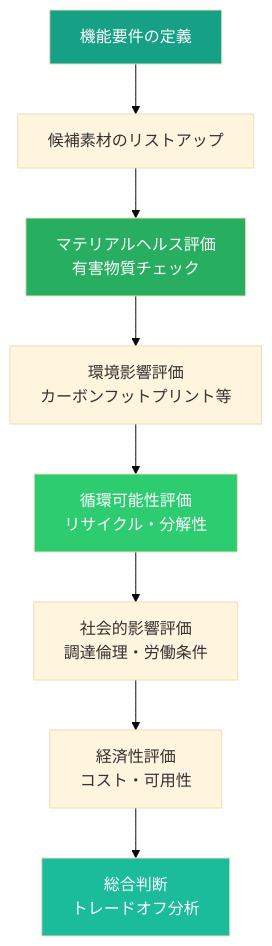
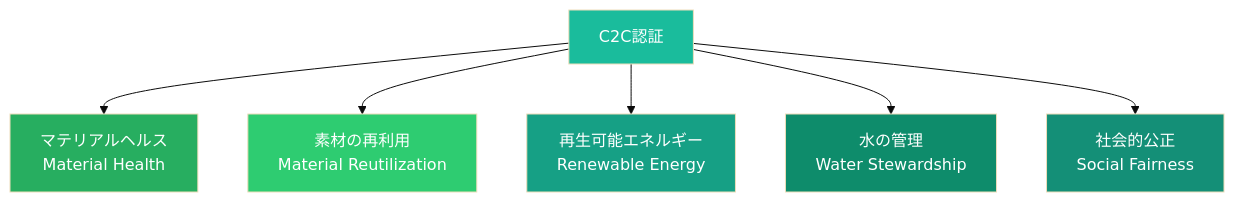
The third of 3 diagrams in docs/books/06-sustainable-design/ch04-sustainable-materials.md (Hide-nu/Designer-curriculum), drawn with Mermaid (base theme) before and after one commit. The commit also changed other lines of this file and 13 other files, not shown here.

````diff
--- a/docs/books/06-sustainable-design/ch04-sustainable-materials.md
+++ b/docs/books/06-sustainable-design/ch04-sustainable-materials.md
@@ -172,15 +118,15 @@
 ```mermaid
 graph TD
-    A[機能要件の定義] --> B[候補素材のリストアップ]
-    B --> C[マテリアルヘルス評価<br/>有害物質チェック]
-    C --> D[環境影響評価<br/>カーボンフットプリント等]
-    D --> E[循環可能性評価<br/>リサイクル・分解性]
-    E --> F[社会的影響評価<br/>調達倫理・労働条件]
-    F --> G[経済性評価<br/>コスト・可用性]
-    G --> H[総合判断<br/>トレードオフ分析]
+    A[C2C認証] --> B[マテリアルヘルス<br/>Material Health]
+    A --> C[素材の再利用<br/>Material Reutilization]
+    A --> D[再生可能エネルギー<br/>Renewable Energy]
+    A --> E[水の管理<br/>Water Stewardship]
+    A --> F[社会的公正<br/>Social Fairness]
 
-    style A fill:#16A085,color:#fff
-    style C fill:#27AE60,color:#fff
-    style E fill:#2ECC71,color:#fff
-    style H fill:#1ABC9C,color:#fff
+    style A fill:#1ABC9C,color:#fff
+    style B fill:#27AE60,color:#fff
+    style C fill:#2ECC71,color:#fff
+    style D fill:#16A085,color:#fff
+    style E fill:#0E8C6B,color:#fff
+    style F fill:#148F77,color:#fff
 ```
````
